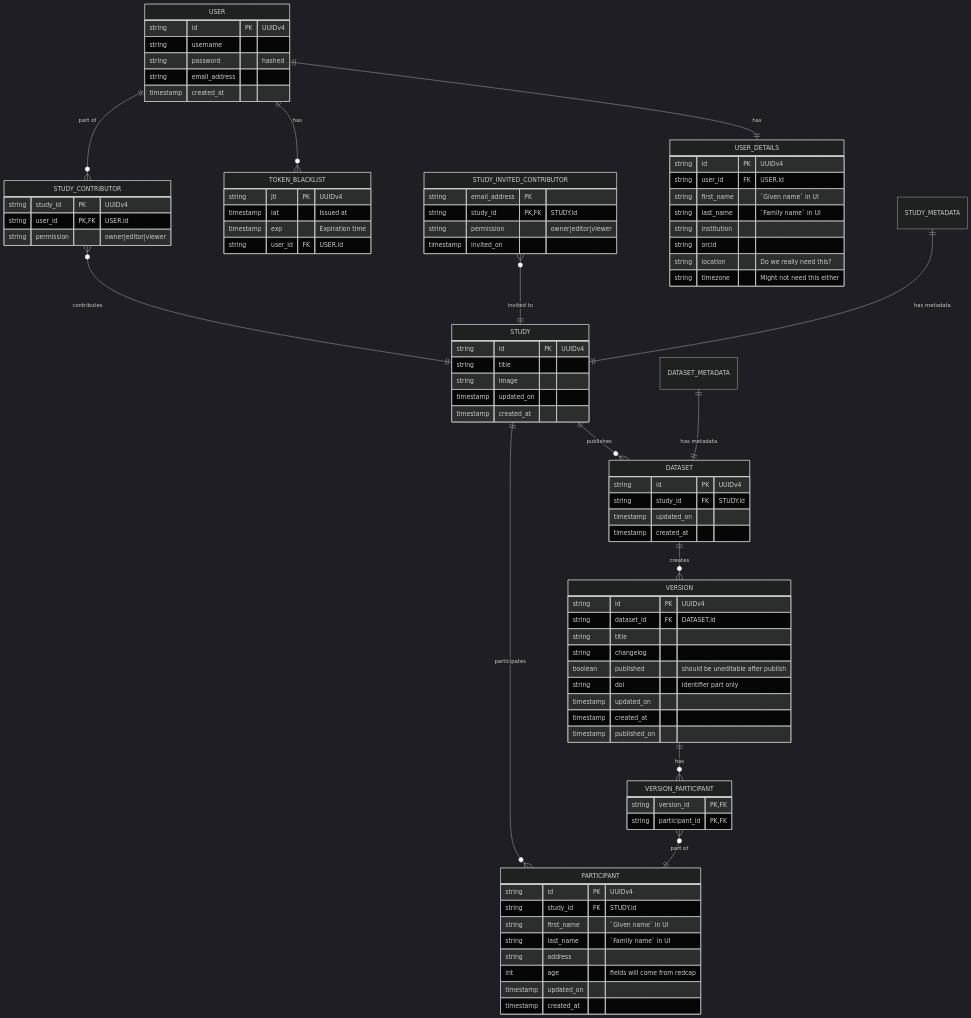
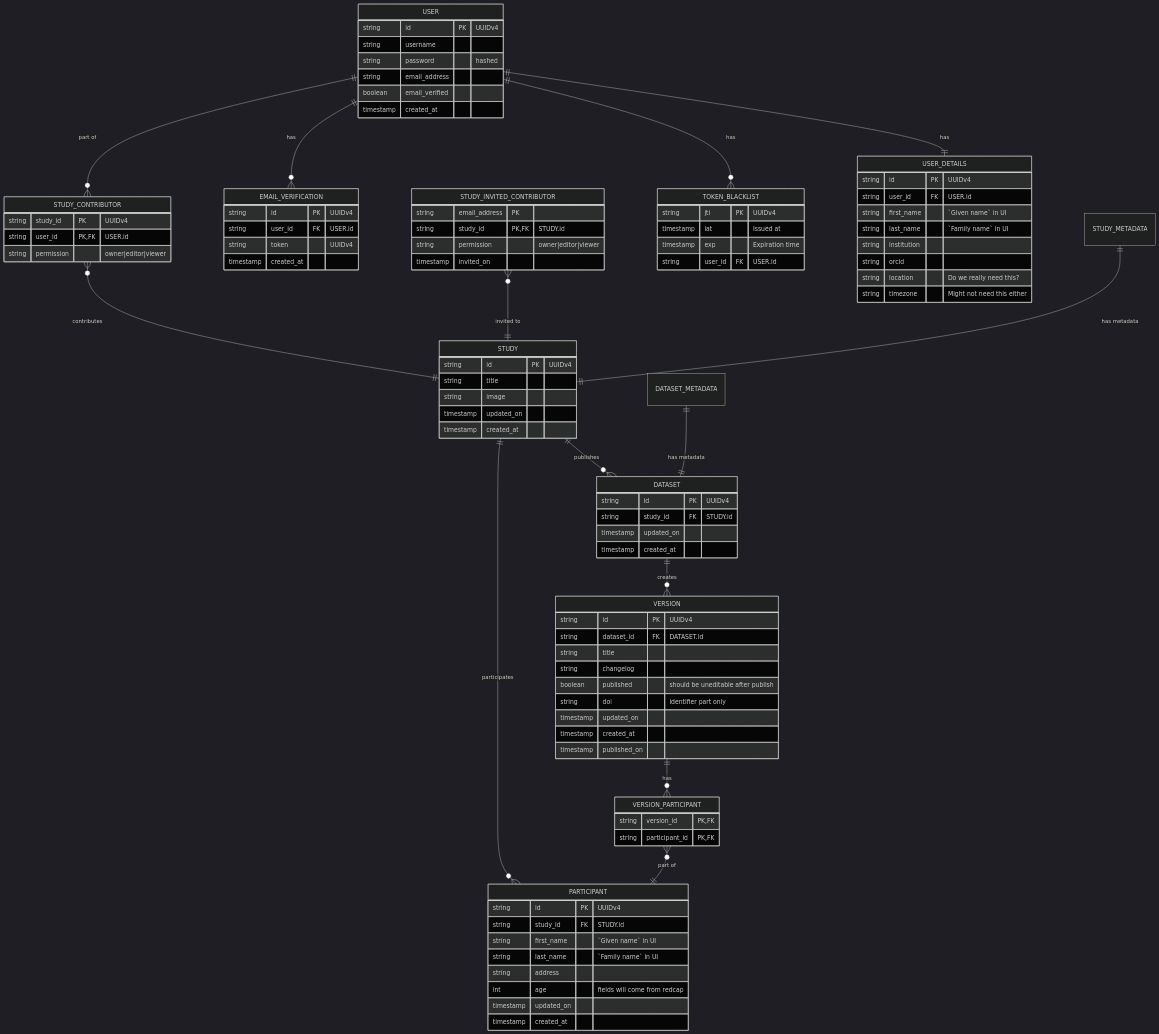
The diagram in mermaid/mmd/er.mmd (AI-READI/fairhub-app), drawn with Mermaid (dark theme) before and after one commit. The commit also changed 2 other files, not shown here.

Commit message:
chore: 🔨 add email verification table

```diff
--- a/mermaid/mmd/er.mmd
+++ b/mermaid/mmd/er.mmd
@@ -1,101 +1,111 @@
 erDiagram
     STUDY {
         string id PK "UUIDv4"
         string title
         string image
         timestamp updated_on
         timestamp created_at
     }
 
     USER {
         string id PK "UUIDv4"
         string username
         string password "hashed"
         string email_address
+        boolean email_verified 
         timestamp created_at
     }
 
     USER_DETAILS {
         string id PK "UUIDv4"
         string user_id FK "USER.id"
         string first_name "`Given name` in UI"
         string last_name "`Family name` in UI"
         string institution
         string orcid
         string location "Do we really need this?"
         string timezone "Might not need this either"
     }
 
     STUDY_CONTRIBUTOR {
         string study_id PK "UUIDv4"
         string user_id PK,FK "USER.id"
         string permission "owner|editor|viewer"
     }
 
     STUDY_INVITED_CONTRIBUTOR {
         string email_address PK
         string study_id PK,FK "STUDY.id"
         string permission "owner|editor|viewer"
         timestamp invited_on
     }
 
     PARTICIPANT {
         string id PK "UUIDv4"
         string study_id FK "STUDY.id"
         string first_name "`Given name` in UI"
         string last_name "`Family name` in UI"
         string address
         int age "fields will come from redcap"
         timestamp updated_on
         timestamp created_at
     }
 
     DATASET {
         string id PK "UUIDv4"
         string study_id FK "STUDY.id"
         timestamp updated_on
         timestamp created_at
     }
 
     VERSION {
         string id PK "UUIDv4"
         string dataset_id FK "DATASET.id"
         string title
         string changelog
         boolean published "should be uneditable after publish"
         string doi "identifier part only"
         timestamp updated_on
         timestamp created_at
         timestamp published_on
     }
 
      VERSION_PARTICIPANT {
         string version_id PK,FK
         string participant_id PK,FK
     }
 
     TOKEN_BLACKLIST {
         string jti PK "UUIDv4"
         timestamp iat "Issued at"
         timestamp exp "Expiration time"
         string user_id FK "USER.id"
     }
 
+    EMAIL_VERIFICATION {
+        string id PK "UUIDv4"
+        string user_id FK "USER.id"
+        string token "UUIDv4"
+        timestamp created_at
+    }
+
 
     STUDY_CONTRIBUTOR }o--|| STUDY : contributes
     STUDY_INVITED_CONTRIBUTOR }o--|| STUDY : "invited to"
     STUDY_METADATA ||--|| STUDY : "has metadata"
 
     STUDY ||--o{ DATASET : publishes
 
     DATASET_METADATA ||--|| DATASET : "has metadata"
 
     DATASET ||--o{ VERSION : creates
 
     USER ||--|| USER_DETAILS : "has"
     USER ||--o{ TOKEN_BLACKLIST : "has"
 
+    USER ||--o{ EMAIL_VERIFICATION : "has"
+
     USER ||--o{ STUDY_CONTRIBUTOR : "part of"
     PARTICIPANT }o--|| STUDY : participates
     VERSION ||--o{ VERSION_PARTICIPANT : has
     VERSION_PARTICIPANT }o--|| PARTICIPANT : "part of"
```
